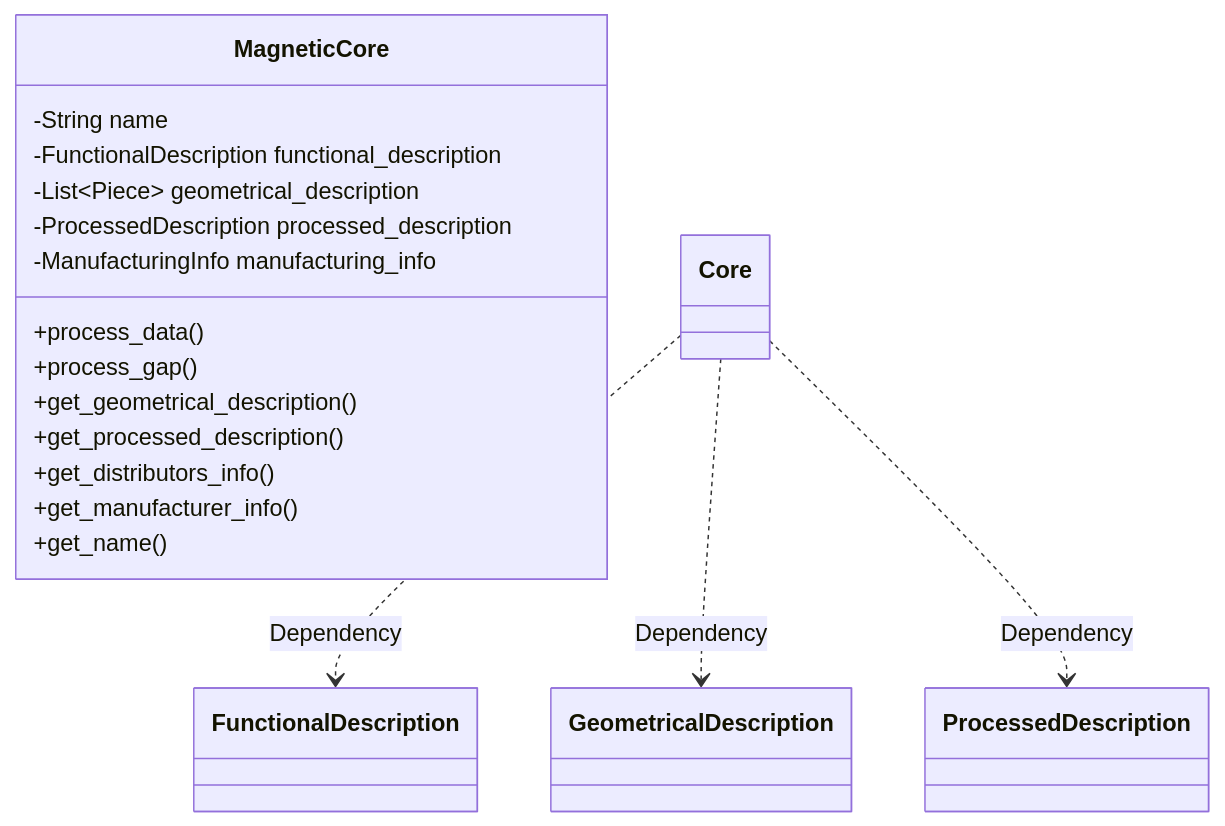
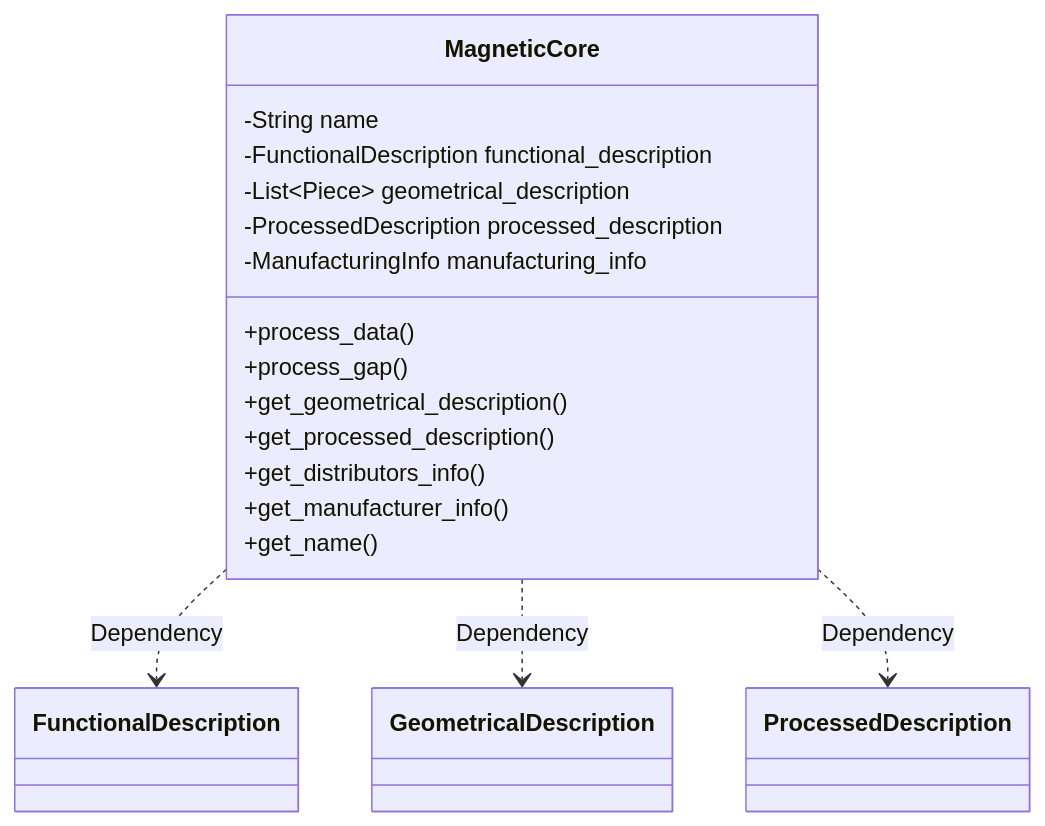
One commit to OpenMagnetics/MAS changed the first of 3 diagrams in docs/magnetic/core.md. Above: the diagram before and after it, drawn with Mermaid.

Commit message:
Added basic docs

````diff
--- a/docs/magnetic/core.md
+++ b/docs/magnetic/core.md
@@ -9,25 +9,25 @@
 ```mermaid
 classDiagram
 
 class MagneticCore {
 
     -String name
     -FunctionalDescription functional_description
     -List~Piece~ geometrical_description
     -ProcessedDescription processed_description
     -ManufacturingInfo manufacturing_info
 
 	+process_data()
 	+process_gap()
 	+get_geometrical_description()
 	+get_processed_description()
 	+get_distributors_info()
 	+get_manufacturer_info()
 	+get_name()
 }
-Core ..> FunctionalDescription : Dependency
-Core ..> GeometricalDescription : Dependency
-Core ..> ProcessedDescription : Dependency
+MagneticCore ..> FunctionalDescription : Dependency
+MagneticCore ..> GeometricalDescription : Dependency
+MagneticCore ..> ProcessedDescription : Dependency
 
 
 ```
````
